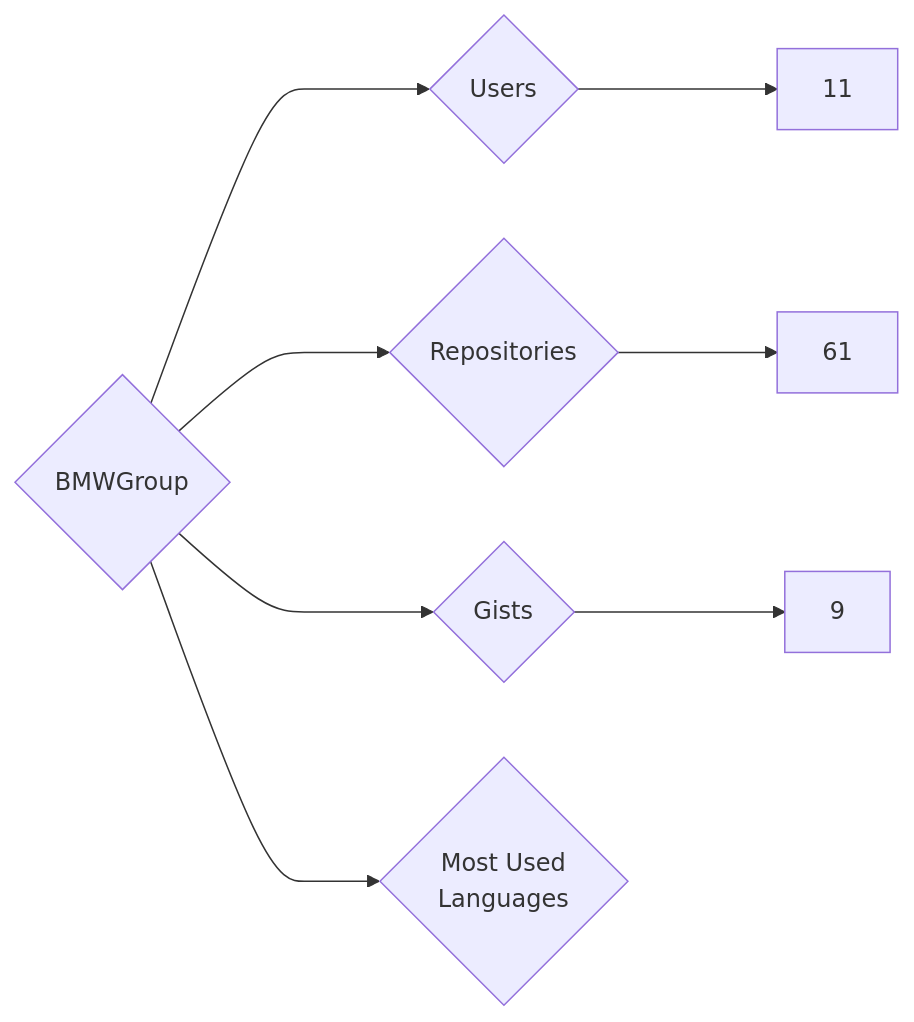
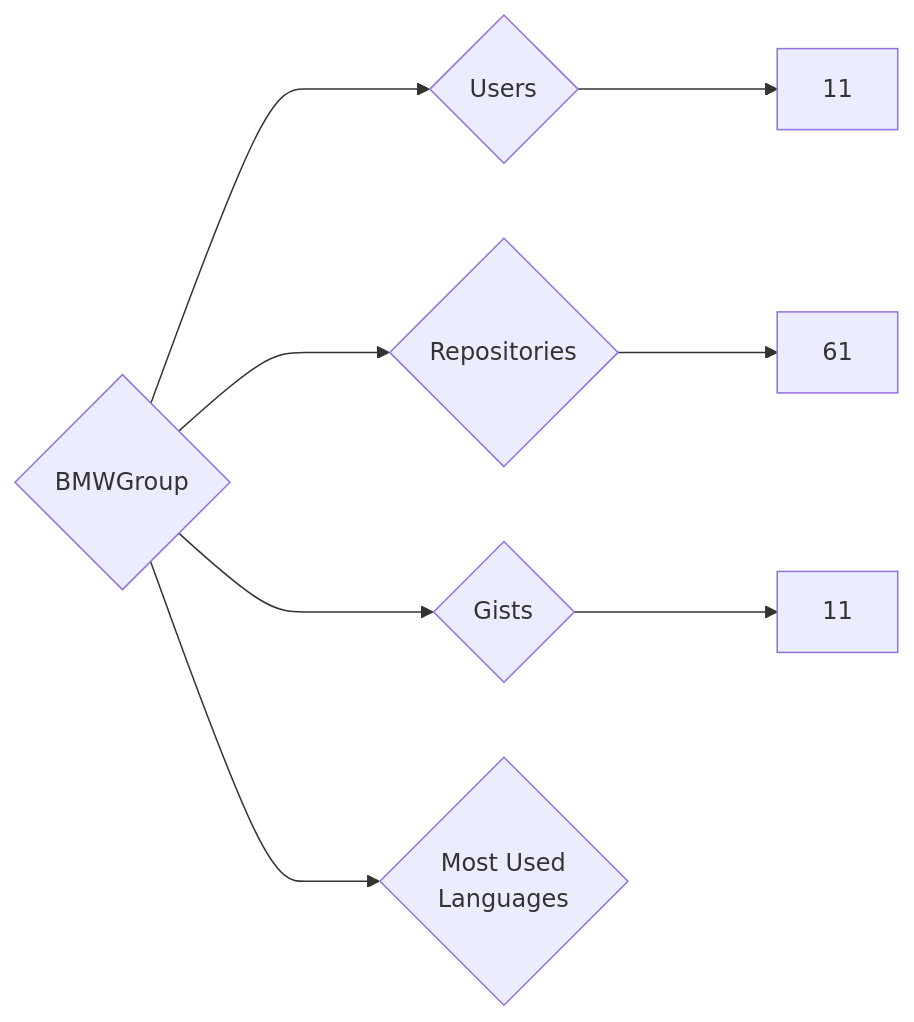
Before and after one commit to nenadzaric/insiders: the diagram in targets/BMWGroup/README.md, drawn with Mermaid. The commit also changed 1342 other files, not shown here.

````diff
--- a/targets/BMWGroup/README.md
+++ b/targets/BMWGroup/README.md
@@ -3,8 +3,8 @@
 ```mermaid
 graph LR
 COMPANY_NAME{BMWGroup}
 COMPANY_NAME ---> U{Users} ---> UN[11]
 COMPANY_NAME ---> R{Repositories} ---> RN[61]
-COMPANY_NAME ---> G{Gists} ---> GN[9]
+COMPANY_NAME ---> G{Gists} ---> GN[11]
 COMPANY_NAME ---> ML{Most Used<br>Languages}
 ```
````
